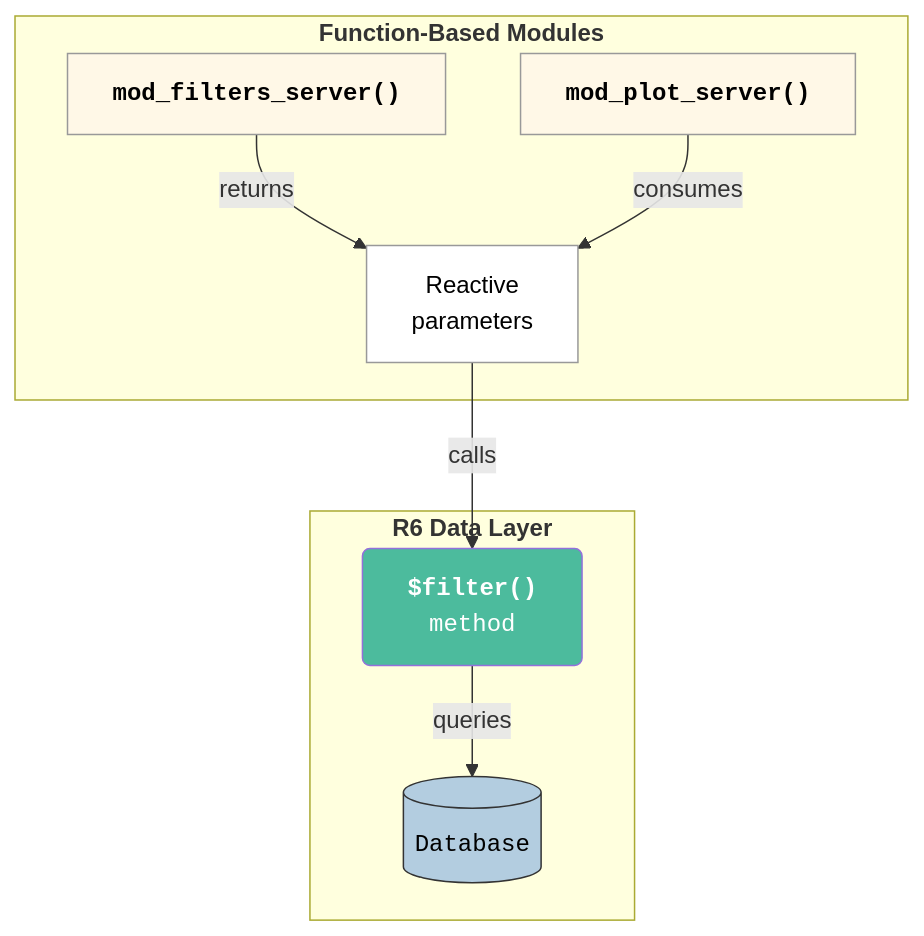
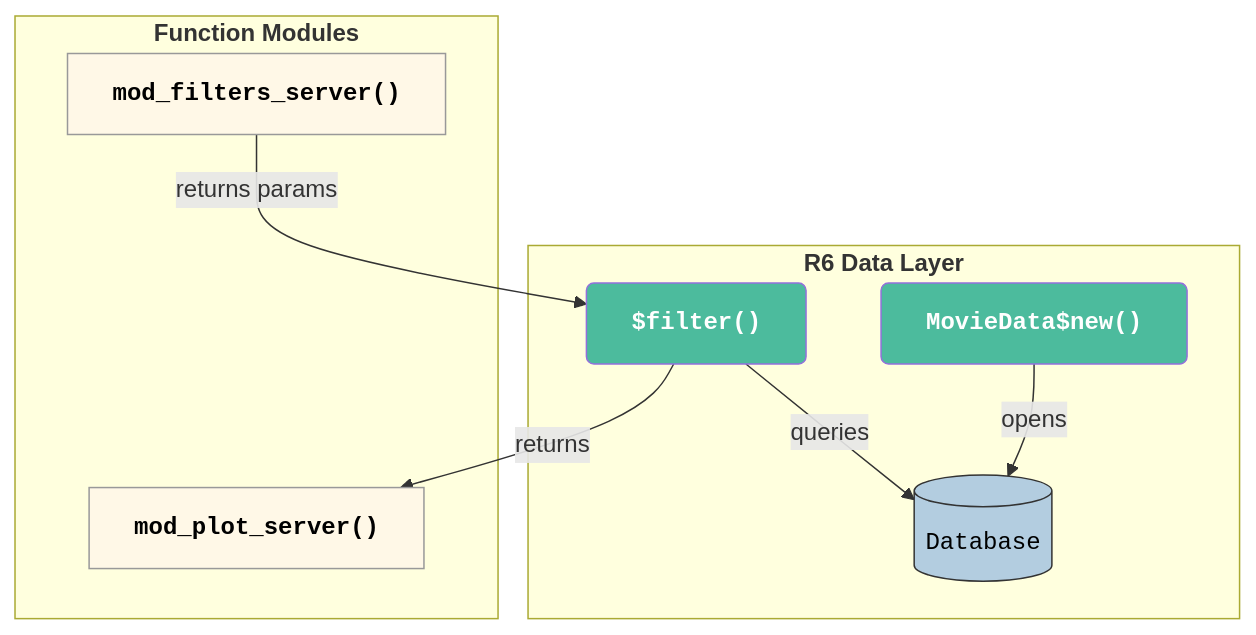
One commit to mjfrigaard/mjfrigaard.github.io changed the sixth of 7 diagrams in posts/shiny-r6/index.qmd. Above: the diagram before and after it, drawn with Mermaid. The commit also changed other lines of this file and 4 other files, not shown here.

````diff
--- a/posts/shiny-r6/index.qmd
+++ b/posts/shiny-r6/index.qmd
@@ -1003,30 +720,30 @@
 ```{mermaid}
 %%| eval: true
 %%| fig-align: 'center'
-%%| fig-caption: 'Hybrid: Function Modules Consume R6 Data Layer'
+%%| fig-caption: 'Hybrid: R6 Data Layer + Function Modules'
 %%| echo: false
 %%{init: {'theme': 'base', 'themeVariables': { 'fontFamily': 'monospace', "darkMode":true}}}}%%
 
 flowchart TD
     subgraph R6Layer["<strong>R6 Data Layer</strong>"]
-        Filter["<strong>$filter()</strong><br>method"]
+        New["<strong>MovieData$new()</strong>"]
+        Filter["<strong>$filter()</strong>"]
         Con[("Database")]
     end
 
-    subgraph FuncLayer["<strong>Function-Based Modules</strong>"]
+    subgraph FuncLayer["<strong>Function Modules</strong>"]
         ModFilters["<strong>mod_filters_server()</strong>"]
         ModPlot["<strong>mod_plot_server()</strong>"]
-        Reactive["Reactive<br>parameters"]
     end
 
-    ModFilters -->|"returns"| Reactive
-    Reactive -->|"calls"| Filter
+    New -->|"opens"| Con
+    ModFilters -->|"returns params"| Filter
     Filter -->|"queries"| Con
-    ModPlot -->|"consumes"| Reactive
+    Filter -->|"returns"| ModPlot
 
+    style New fill:#4CBB9D,color:#FFFFFF,rx:5,ry:5,font-family:monospace
     style Filter fill:#4CBB9D,color:#FFFFFF,rx:5,ry:5,font-family:monospace
     style Con fill:#B3CDE0,color:#000000,stroke:#333,font-family:monospace
     style ModFilters fill:#FFF8E7,color:#000000,stroke:#999,font-family:monospace
     style ModPlot fill:#FFF8E7,color:#000000,stroke:#999,font-family:monospace
-    style Reactive fill:#FFFFFF,color:#000000,stroke:#999
 ```
````
